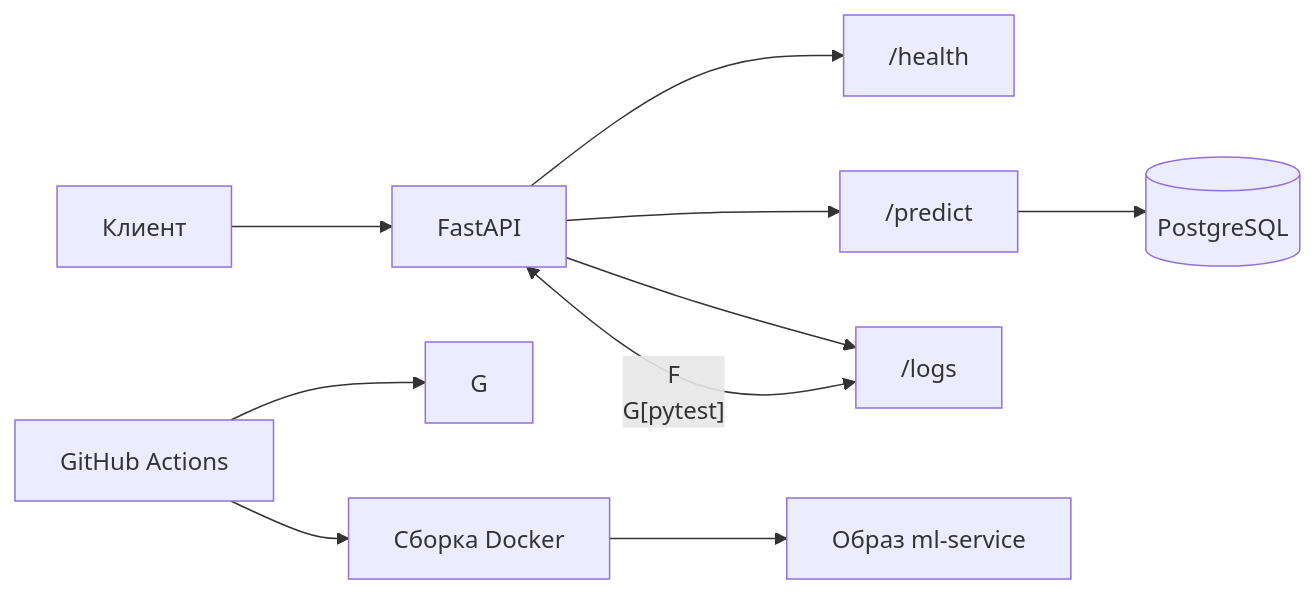
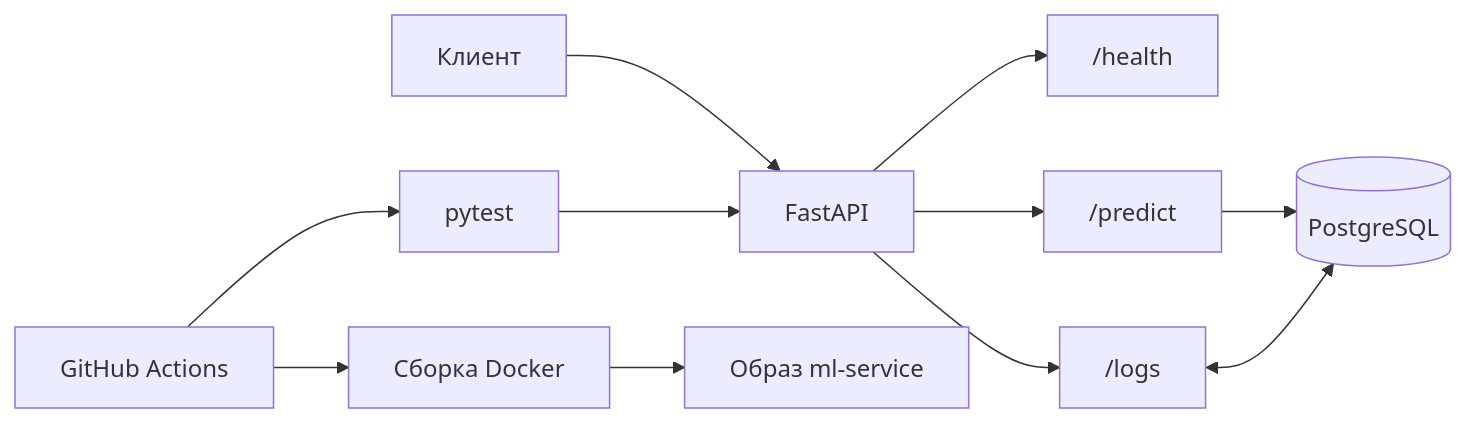
Before and after one commit to avandrevv/ML-service: the diagram in README.md, drawn with Mermaid.

Commit message:
newreadme9

````diff
--- a/README.md
+++ b/README.md
@@ -74,13 +74,13 @@
 ```mermaid
 graph LR
     A[Клиент] --> B[FastAPI]
     B --> C["/health"]
     B --> D["/predict"]
     B --> E["/logs"]
     D --> F[(PostgreSQL)]
-    E <-- F
+    E <--> F
     G[pytest] --> B
     H[GitHub Actions] --> G
     H --> I[Сборка Docker]
     I --> J[Образ ml-service]
 ```
````
